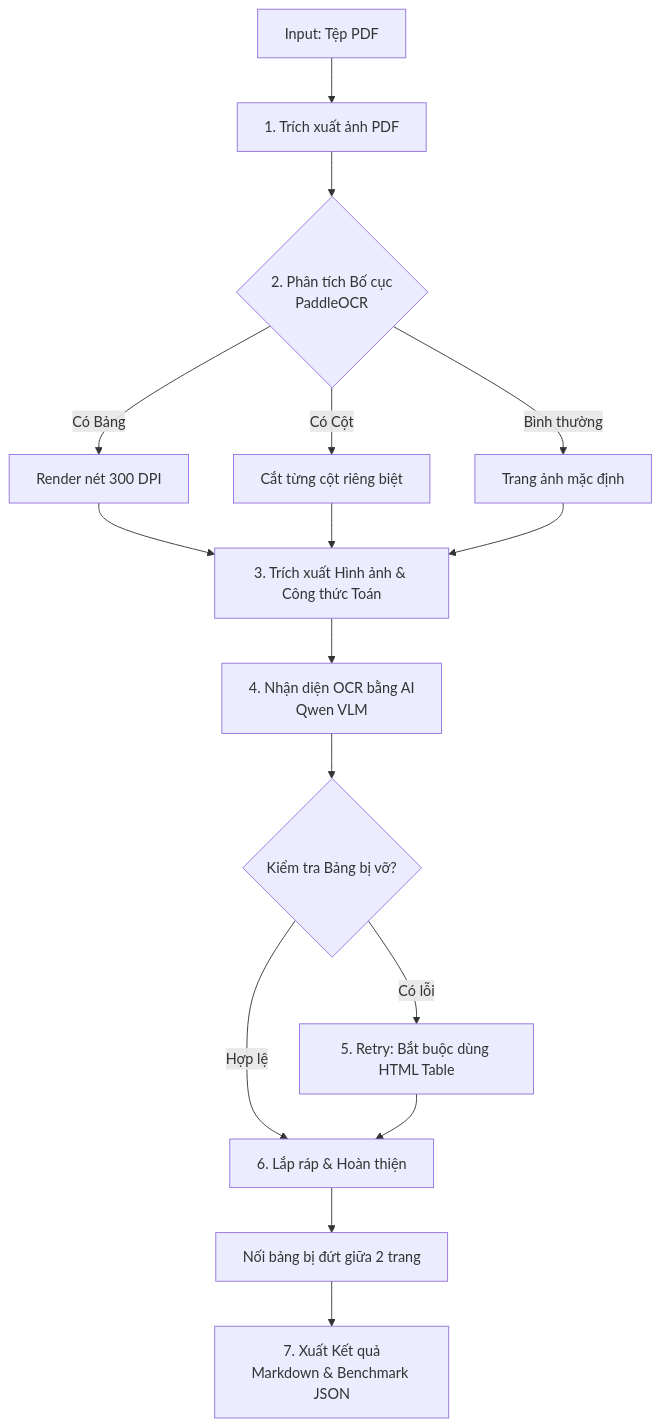
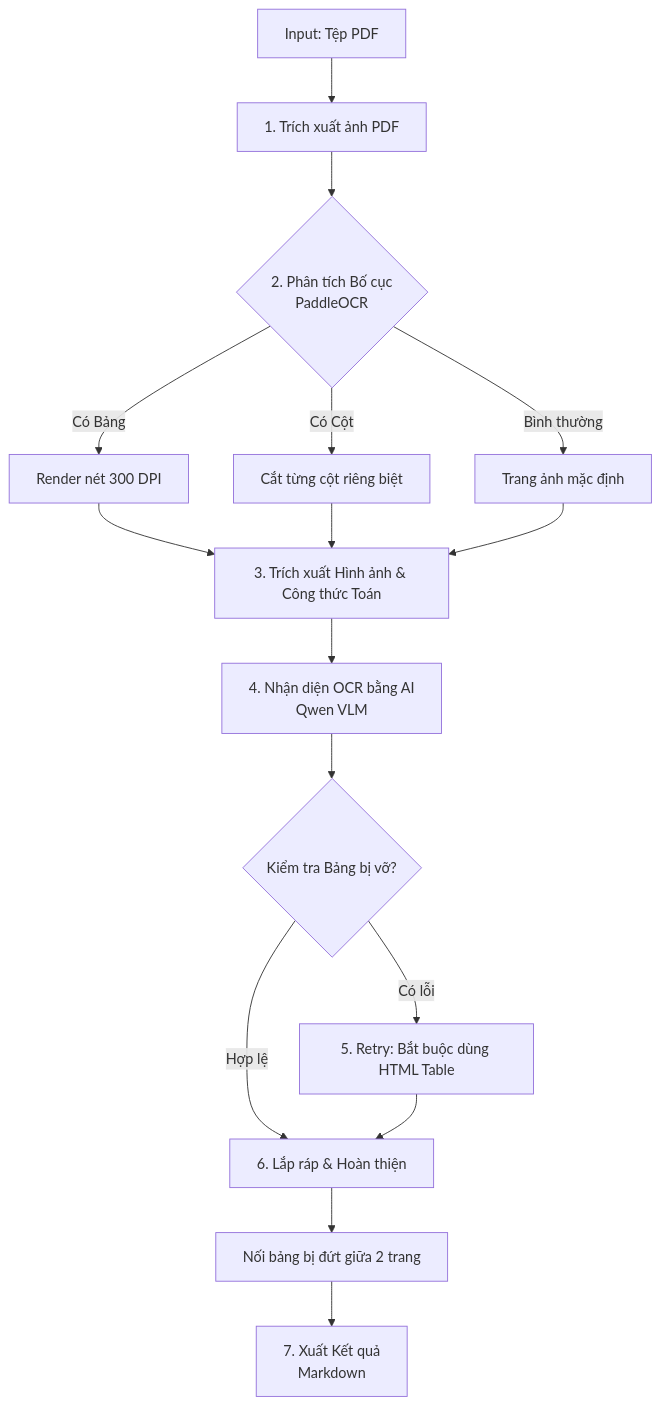
The diagram in README.md (luannguyenn889/qwen-ocr-ollama), drawn with Mermaid before and after one commit. The commit also changed other lines of this file and 11 other files, not shown here.

````diff
--- a/README.md
+++ b/README.md
@@ -38,19 +37,19 @@
 ```mermaid
 graph TD
     A[Input: Tệp PDF] --> B[1. Trích xuất ảnh PDF]
     B --> C{2. Phân tích Bố cục<br/>PaddleOCR}
     C -->|Có Bảng| D[Render nét 300 DPI]
     C -->|Có Cột| E[Cắt từng cột riêng biệt]
     C -->|Bình thường| F[Trang ảnh mặc định]
     D --> G
     E --> G
     F --> G
     G[3. Trích xuất Hình ảnh & Công thức Toán]
     G --> H[4. Nhận diện OCR bằng AI<br/>Qwen VLM]
     H --> I{Kiểm tra Bảng bị vỡ?}
     I -->|Có lỗi| J[5. Retry: Bắt buộc dùng HTML Table]
     I -->|Hợp lệ| K[6. Lắp ráp & Hoàn thiện]
     J --> K
     K --> L[Nối bảng bị đứt giữa 2 trang]
-    L --> M[7. Xuất Kết quả<br/>Markdown & Benchmark JSON]
+    L --> M[7. Xuất Kết quả<br/>Markdown]
 ```
````
